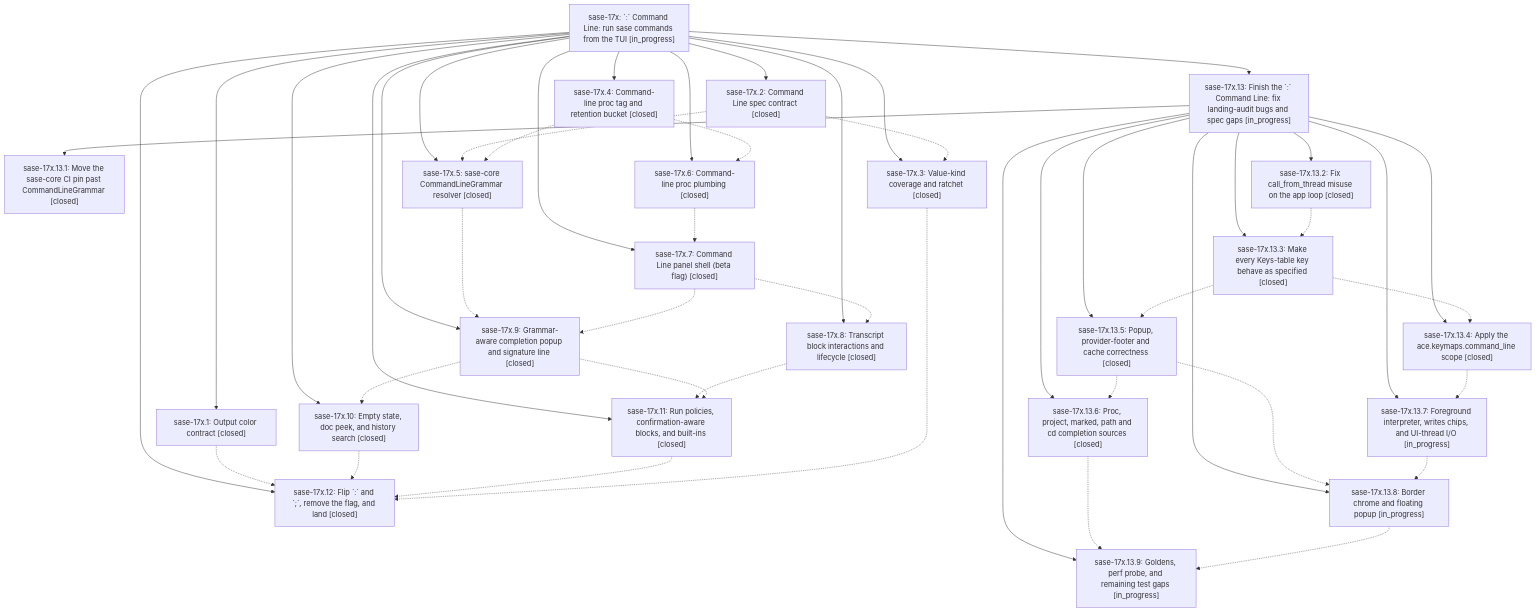
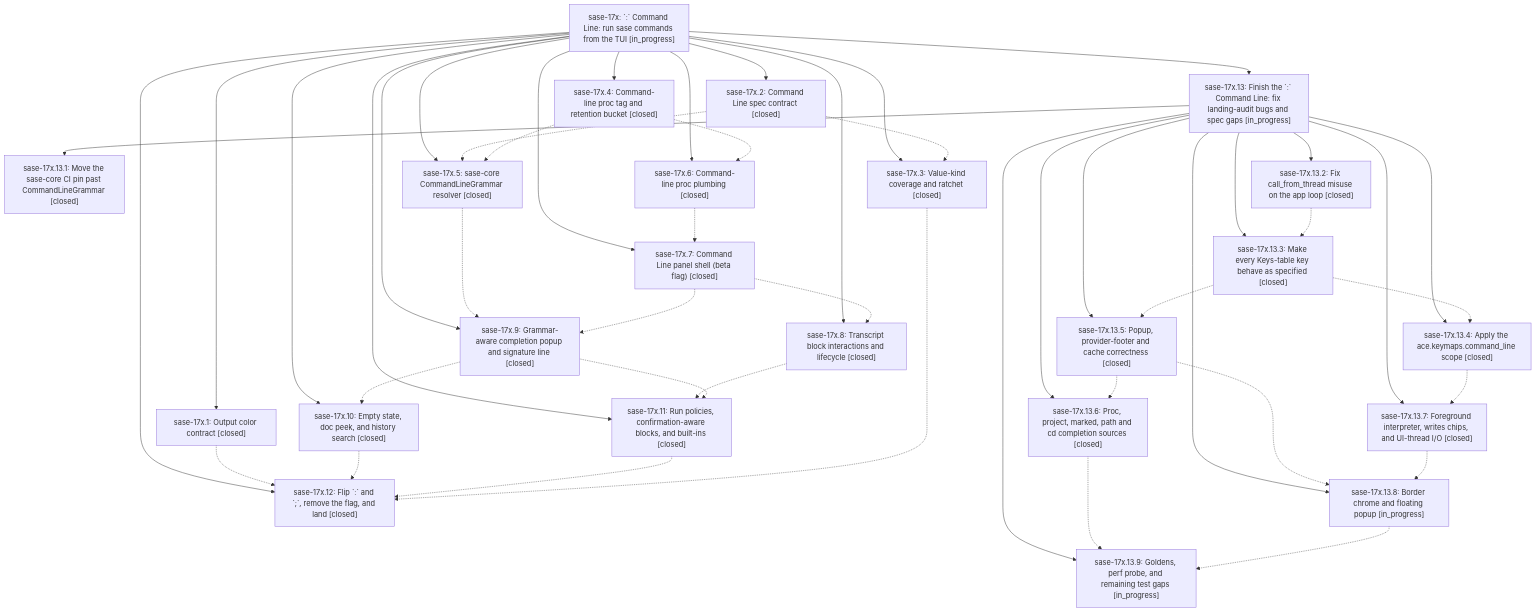
Before and after one commit to sase-org/sase--beads: the diagram in pages/sase-17x/README.md, drawn with Mermaid. The commit also changed other lines of this file and 4 other files, not shown here.

````diff
--- a/pages/sase-17x/README.md
+++ b/pages/sase-17x/README.md
@@ -49,72 +49,72 @@
 ```mermaid
 flowchart TD
     n0["sase-17x: `:` Command Line: run sase commands from the TUI [in_progress]"]
     n1["sase-17x.1: Output color contract [closed]"]
     n2["sase-17x.10: Empty state, doc peek, and history search [closed]"]
     n3["sase-17x.11: Run policies, confirmation-aware blocks, and built-ins [closed]"]
     n4["sase-17x.12: Flip `:` and `;`, remove the flag, and land [closed]"]
     n5["sase-17x.13: Finish the `:` Command Line: fix landing-audit bugs and spec gaps [in_progress]"]
     n6["sase-17x.13.1: Move the sase-core CI pin past CommandLineGrammar [closed]"]
     n7["sase-17x.13.2: Fix call_from_thread misuse on the app loop [closed]"]
     n8["sase-17x.13.3: Make every Keys-table key behave as specified [closed]"]
     n9["sase-17x.13.4: Apply the ace.keymaps.command_line scope [closed]"]
     n10["sase-17x.13.5: Popup, provider-footer and cache correctness [closed]"]
     n11["sase-17x.13.6: Proc, project, marked, path and cd completion sources [closed]"]
-    n12["sase-17x.13.7: Foreground interpreter, writes chips, and UI-thread I/O [in_progress]"]
+    n12["sase-17x.13.7: Foreground interpreter, writes chips, and UI-thread I/O [closed]"]
     n13["sase-17x.13.8: Border chrome and floating popup [in_progress]"]
     n14["sase-17x.13.9: Goldens, perf probe, and remaining test gaps [in_progress]"]
     n15["sase-17x.2: Command Line spec contract [closed]"]
     n16["sase-17x.3: Value-kind coverage and ratchet [closed]"]
     n17["sase-17x.4: Command-line proc tag and retention bucket [closed]"]
     n18["sase-17x.5: sase-core CommandLineGrammar resolver [closed]"]
     n19["sase-17x.6: Command-line proc plumbing [closed]"]
     n20["sase-17x.7: Command Line panel shell (beta flag) [closed]"]
     n21["sase-17x.8: Transcript block interactions and lifecycle [closed]"]
     n22["sase-17x.9: Grammar-aware completion popup and signature line [closed]"]
     n0 --> n1
     n0 --> n2
     n0 --> n3
     n0 --> n4
     n0 --> n5
     n5 --> n6
     n5 --> n7
     n5 --> n8
     n5 --> n9
     n5 --> n10
     n5 --> n11
     n5 --> n12
     n5 --> n13
     n5 --> n14
     n0 --> n15
     n0 --> n16
     n0 --> n17
     n0 --> n18
     n0 --> n19
     n0 --> n20
     n0 --> n21
     n0 --> n22
     n1 -.-> n4
     n2 -.-> n4
     n3 -.-> n4
     n7 -.-> n8
     n8 -.-> n9
     n8 -.-> n10
     n9 -.-> n12
     n10 -.-> n11
     n10 -.-> n13
     n11 -.-> n14
     n12 -.-> n13
     n13 -.-> n14
     n15 -.-> n16
     n15 -.-> n18
     n16 -.-> n4
     n17 -.-> n18
     n17 -.-> n19
     n18 -.-> n22
     n19 -.-> n20
     n20 -.-> n21
     n20 -.-> n22
     n21 -.-> n3
     n22 -.-> n2
     n22 -.-> n3
 ```
````
